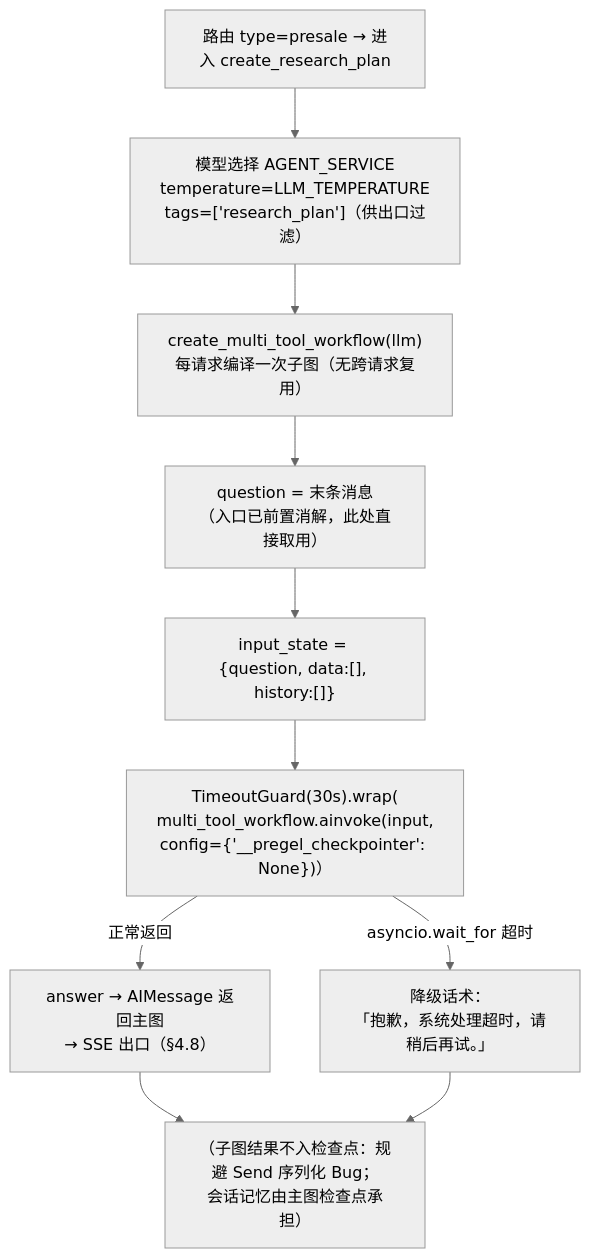
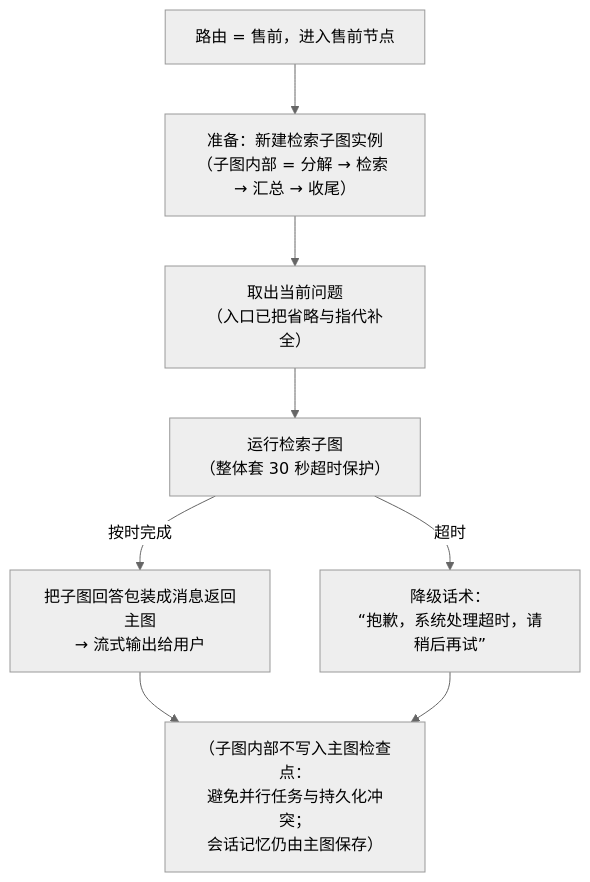
Diagram 11 of 35 in docs/PROJECT_ANALYSIS.md (blowt16/SmartCS-Agent), drawn with Mermaid (neutral theme) before and after one commit. The commit also changed other lines of this file, not shown here.

Commit message:
[docs] PROJECT_ANALYSIS §4 流程图优化：全图节点加中文注释、主干化精简流程（22 张图重排 + 补 TimeoutGuard 运行图），保留关键代码实体括注，提升可读性

````diff
--- a/docs/PROJECT_ANALYSIS.md
+++ b/docs/PROJECT_ANALYSIS.md
@@ -508,12 +466,10 @@
 ```mermaid
 flowchart TD
-    A["路由 type=presale → 进入 create_research_plan"] --> B["模型选择 AGENT_SERVICE<br/>temperature=LLM_TEMPERATURE<br/>tags=['research_plan']（供出口过滤）"]
-    B --> C["create_multi_tool_workflow(llm)<br/>每请求编译一次子图（无跨请求复用）"]
-    C --> D["question = 末条消息<br/>（入口已前置消解，此处直接取用）"]
-    D --> E["input_state = {question, data:[], history:[]}"]
-    E --> F["TimeoutGuard(30s).wrap(<br/>multi_tool_workflow.ainvoke(input,<br/>config={'__pregel_checkpointer': None})）"]
-    F -->|"正常返回"| G["answer → AIMessage 返回主图<br/>→ SSE 出口（§4.8）"]
-    F -->|"asyncio.wait_for 超时"| H["降级话术：<br/>「抱歉，系统处理超时，请稍后再试。」"]
-    G --> END2["（子图结果不入检查点：规避 Send 序列化 Bug；<br/>会话记忆由主图检查点承担）"]
-    H --> END2
+    A["路由 = 售前，进入售前节点"] --> B["准备：新建检索子图实例<br/>（子图内部 = 分解 → 检索 → 汇总 → 收尾）"]
+    B --> C["取出当前问题<br/>（入口已把省略与指代补全）"]
+    C --> D["运行检索子图<br/>（整体套 30 秒超时保护）"]
+    D -->|"按时完成"| E["把子图回答包装成消息返回主图<br/>→ 流式输出给用户"]
+    D -->|"超时"| F["降级话术：<br/>“抱歉，系统处理超时，请稍后再试”"]
+    E --> G["（子图内部不写入主图检查点：<br/>避免并行任务与持久化冲突；<br/>会话记忆仍由主图保存）"]
+    F --> G
 ```
````
